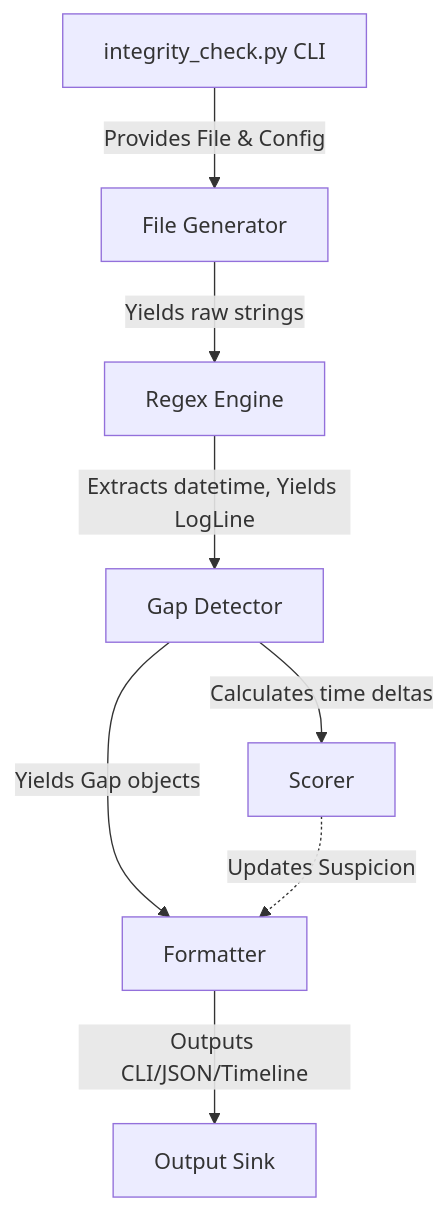
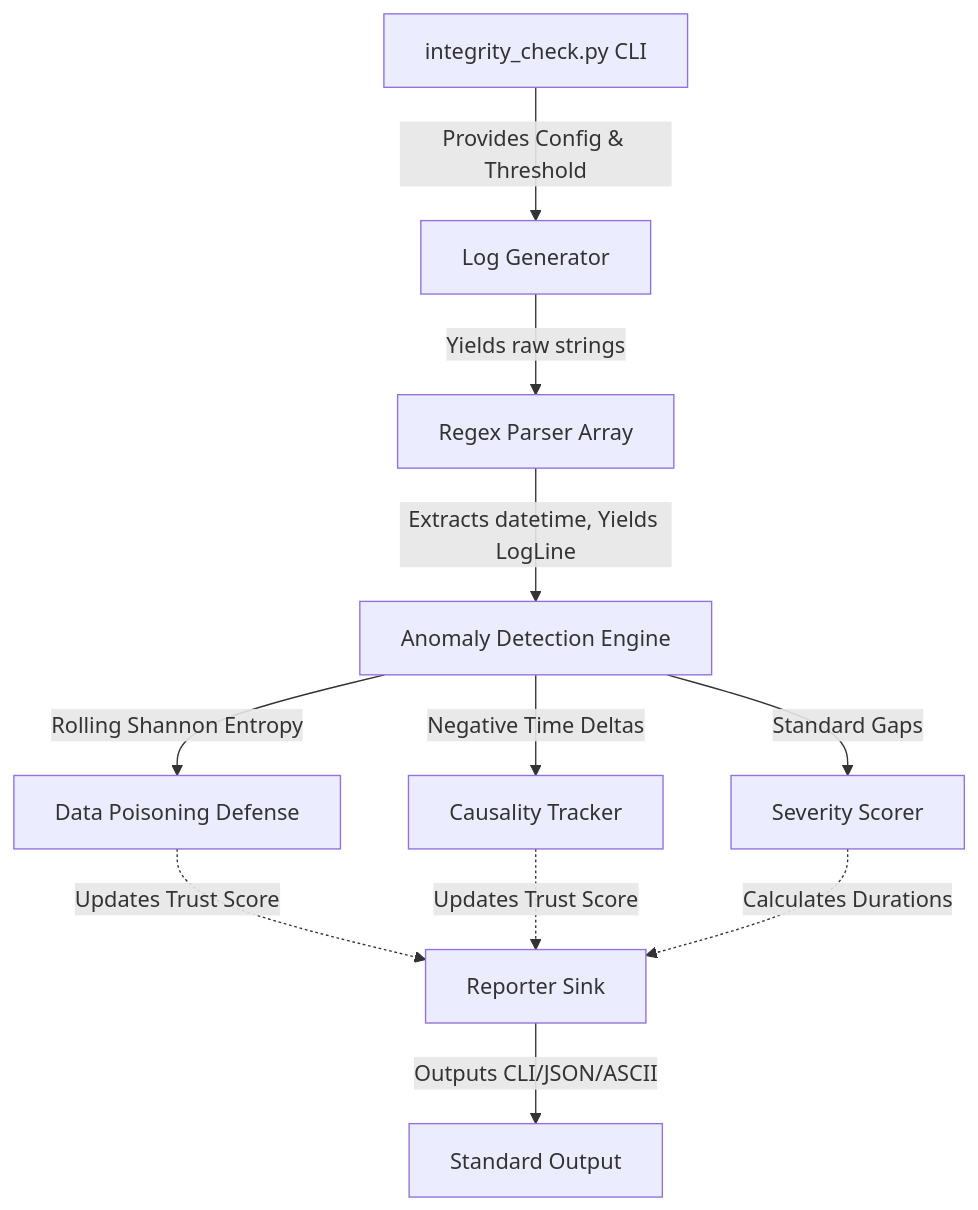
Before and after one commit to EmperorsReign05/Tempora: the diagram in Reports/ARCHITECTURE.md, drawn with Mermaid. The commit also changed other lines of this file and 5 other files, not shown here.

````diff
--- a/Reports/ARCHITECTURE.md
+++ b/Reports/ARCHITECTURE.md
@@ -7,10 +7,13 @@
 ```mermaid
 graph TD;
-    A[integrity_check.py CLI] -->|Provides File & Config| B[File Generator]
-    B -->|Yields raw strings| C[Regex Engine]
-    C -->|Extracts datetime, Yields LogLine| D[Gap Detector]
-    D -->|Calculates time deltas| E[Scorer]
-    D -->|Yields Gap objects| F[Formatter]
-    E -.->|Updates Suspicion| F
-    F -->|Outputs CLI/JSON/Timeline| G[Output Sink]
+    A[integrity_check.py CLI] -->|Provides Config & Threshold| B[Log Generator]
+    B -->|Yields raw strings| C[Regex Parser Array]
+    C -->|Extracts datetime, Yields LogLine| D[Anomaly Detection Engine]
+    D -->|Rolling Shannon Entropy| E[Data Poisoning Defense]
+    D -->|Negative Time Deltas| F[Causality Tracker]
+    D -->|Standard Gaps| G[Severity Scorer]
+    E -.->|Updates Trust Score| H[Reporter Sink]
+    F -.->|Updates Trust Score| H
+    G -.->|Calculates Durations| H
+    H -->|Outputs CLI/JSON/ASCII| I[Standard Output]
 ```
````
